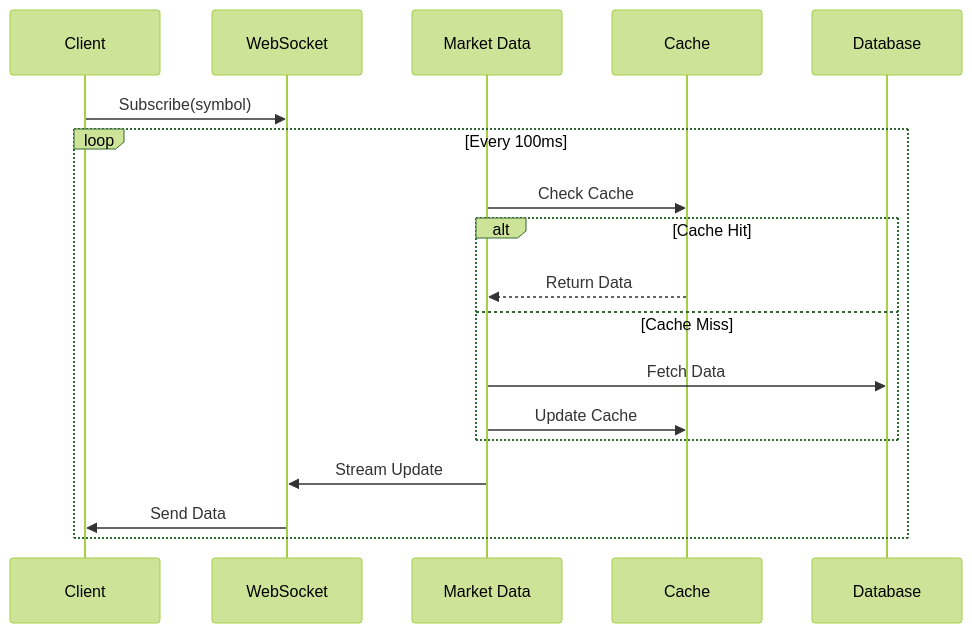
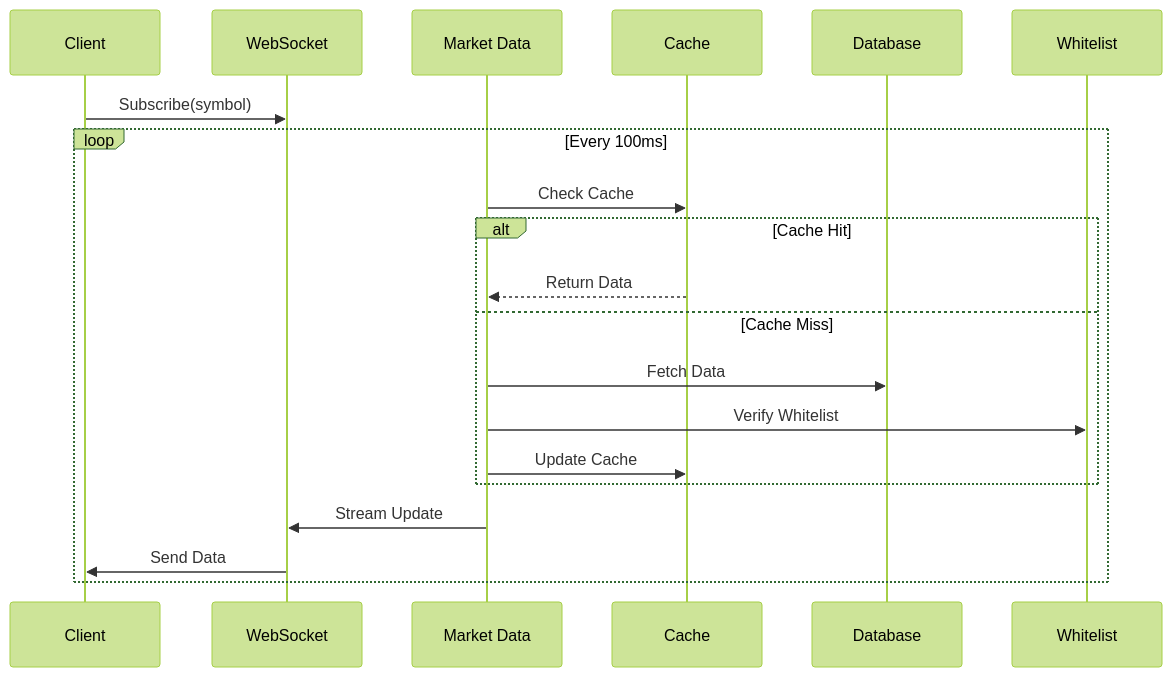
One commit to BranchManager69/degenduel changed the second of 3 diagrams in docs_important/Core Services/OPERATIONS_MANAGEMENT/MARKET_DATA_SYSTEM.md. Above: the diagram before and after it, drawn with Mermaid (forest theme). The commit also changed other lines of this file and 11 other files, not shown here.

````diff
--- a/docs_important/Core Services/OPERATIONS_MANAGEMENT/MARKET_DATA_SYSTEM.md
+++ b/docs_important/Core Services/OPERATIONS_MANAGEMENT/MARKET_DATA_SYSTEM.md
@@ -69,22 +71,24 @@
 ```mermaid
 sequenceDiagram
     participant C as Client
     participant WS as WebSocket
     participant MD as Market Data
     participant CM as Cache
     participant DB as Database
+    participant WL as Whitelist
     
     C->>WS: Subscribe(symbol)
     
     loop Every 100ms
         MD->>CM: Check Cache
         alt Cache Hit
             CM-->>MD: Return Data
         else Cache Miss
             MD->>DB: Fetch Data
+            MD->>WL: Verify Whitelist
             MD->>CM: Update Cache
         end
         MD->>WS: Stream Update
         WS->>C: Send Data
     end
 ```
````
